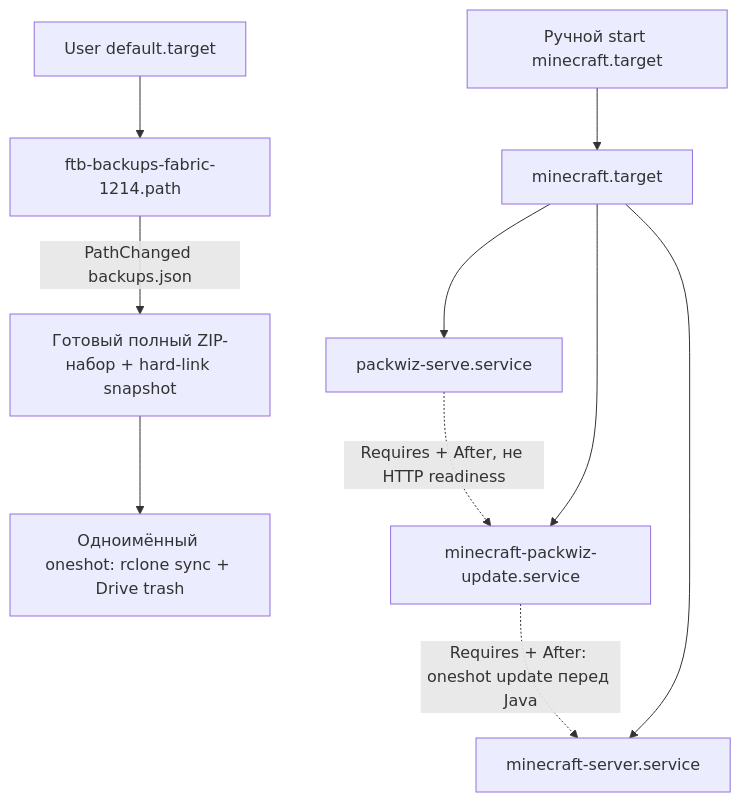
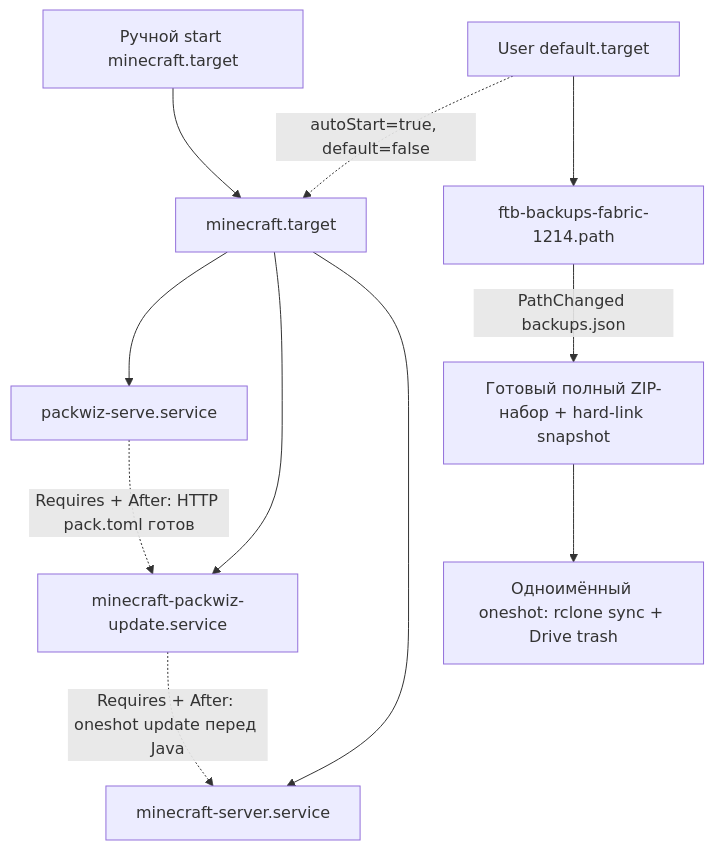
Before and after one commit to samov0619-prog/nix-config: the first of 2 diagrams in docs/laptop-audit/startup.md, drawn with Mermaid. The commit also changed other lines of this file and 5 other files, not shown here.

Commit message:
laptop-audit: fix Minecraft target lifecycle and Packwiz readiness

````diff
--- a/docs/laptop-audit/startup.md
+++ b/docs/laptop-audit/startup.md
@@ -31,12 +31,13 @@
 ```mermaid
 flowchart TD
     Manual["Ручной start minecraft.target"] --> Target["minecraft.target"]
+    Default["User default.target"] -. "autoStart=true, default=false" .-> Target
     Target --> Serve["packwiz-serve.service"]
     Target --> Update["minecraft-packwiz-update.service"]
     Target --> Server["minecraft-server.service"]
-    Serve -. "Requires + After, не HTTP readiness" .-> Update
+    Serve -. "Requires + After: HTTP pack.toml готов" .-> Update
     Update -. "Requires + After: oneshot update перед Java" .-> Server
-    Default["User default.target"] --> Watch["ftb-backups-fabric-1214.path"]
+    Default --> Watch["ftb-backups-fabric-1214.path"]
     Watch -->|"PathChanged backups.json"| Guard["Готовый полный ZIP-набор + hard-link snapshot"]
     Guard --> Sync["Одноимённый oneshot: rclone sync + Drive trash"]
 ```
````
